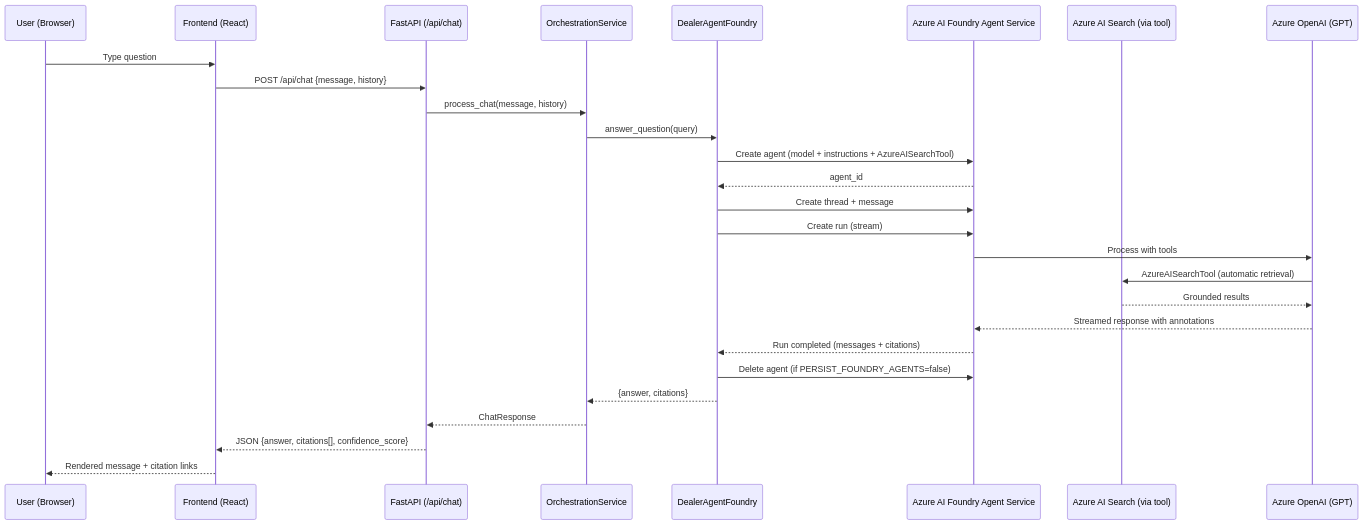
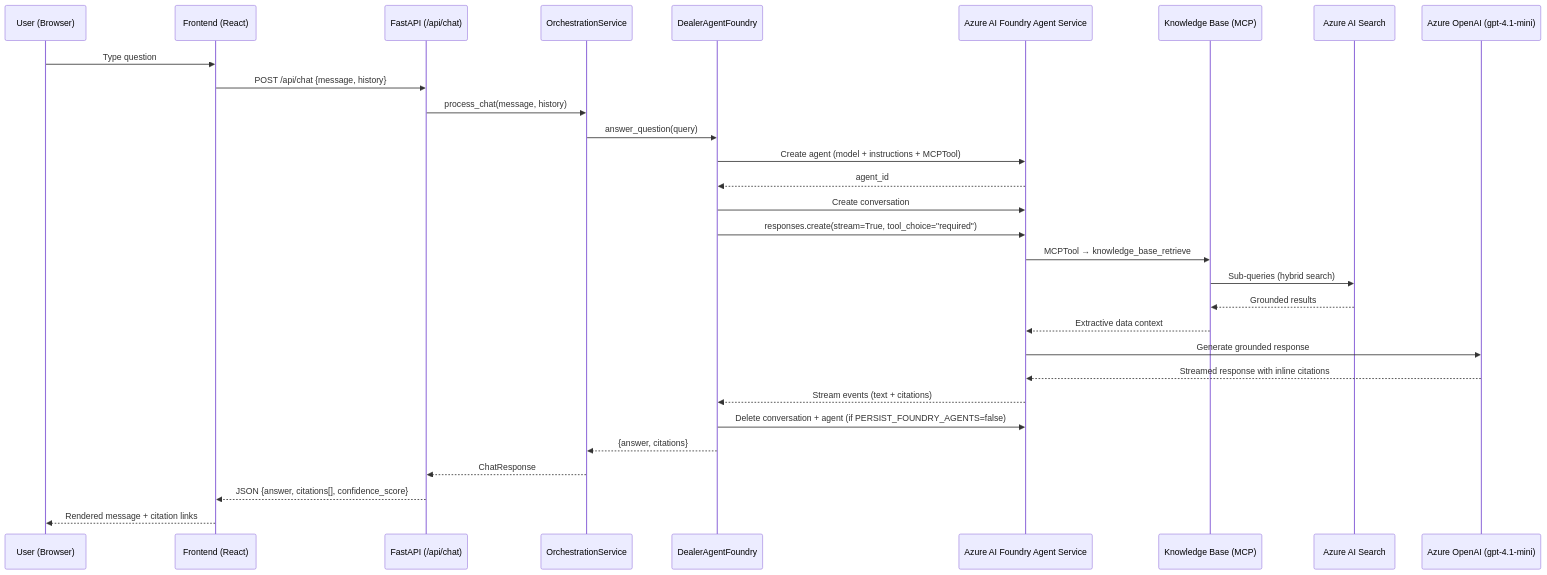
Before and after one commit to honestypugh2/foundry-dealer-portal-chat: the fourth of 5 diagrams in docs/indexing-pipeline.md, drawn with Mermaid. The commit also changed other lines of this file and 5 other files, not shown here.

Commit message:
Update docs: fix model refs (gpt-4.1-mini), add MCPTool/agentic retrieval, add missing env vars and endpoints

````diff
--- a/docs/indexing-pipeline.md
+++ b/docs/indexing-pipeline.md
@@ -231,35 +231,38 @@
 ```mermaid
 sequenceDiagram
     participant User as User (Browser)
     participant FE as Frontend (React)
     participant API as FastAPI (/api/chat)
     participant Orch as OrchestrationService
     participant FA as DealerAgentFoundry
     participant Foundry as Azure AI Foundry Agent Service
-    participant Search as Azure AI Search (via tool)
-    participant LLM as Azure OpenAI (GPT)
+    participant KB as Knowledge Base (MCP)
+    participant Search as Azure AI Search
+    participant LLM as Azure OpenAI (gpt-4.1-mini)
 
     User->>FE: Type question
     FE->>API: POST /api/chat {message, history}
     API->>Orch: process_chat(message, history)
     Orch->>FA: answer_question(query)
 
-    FA->>Foundry: Create agent (model + instructions + AzureAISearchTool)
+    FA->>Foundry: Create agent (model + instructions + MCPTool)
     Foundry-->>FA: agent_id
 
-    FA->>Foundry: Create thread + message
-    FA->>Foundry: Create run (stream)
+    FA->>Foundry: Create conversation
+    FA->>Foundry: responses.create(stream=True, tool_choice="required")
 
-    Foundry->>LLM: Process with tools
-    LLM->>Search: AzureAISearchTool (automatic retrieval)
-    Search-->>LLM: Grounded results
-    LLM-->>Foundry: Streamed response with annotations
+    Foundry->>KB: MCPTool → knowledge_base_retrieve
+    KB->>Search: Sub-queries (hybrid search)
+    Search-->>KB: Grounded results
+    KB-->>Foundry: Extractive data context
+    Foundry->>LLM: Generate grounded response
+    LLM-->>Foundry: Streamed response with inline citations
 
-    Foundry-->>FA: Run completed (messages + citations)
-    FA->>Foundry: Delete agent (if PERSIST_FOUNDRY_AGENTS=false)
+    Foundry-->>FA: Stream events (text + citations)
+    FA->>Foundry: Delete conversation + agent (if PERSIST_FOUNDRY_AGENTS=false)
 
     FA-->>Orch: {answer, citations}
     Orch-->>API: ChatResponse
     API-->>FE: JSON {answer, citations[], confidence_score}
     FE-->>User: Rendered message + citation links
 ```
````
